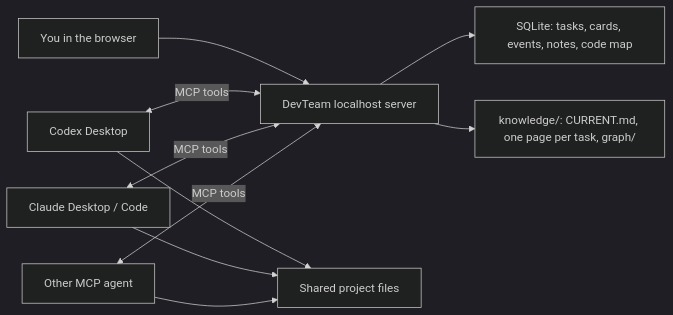
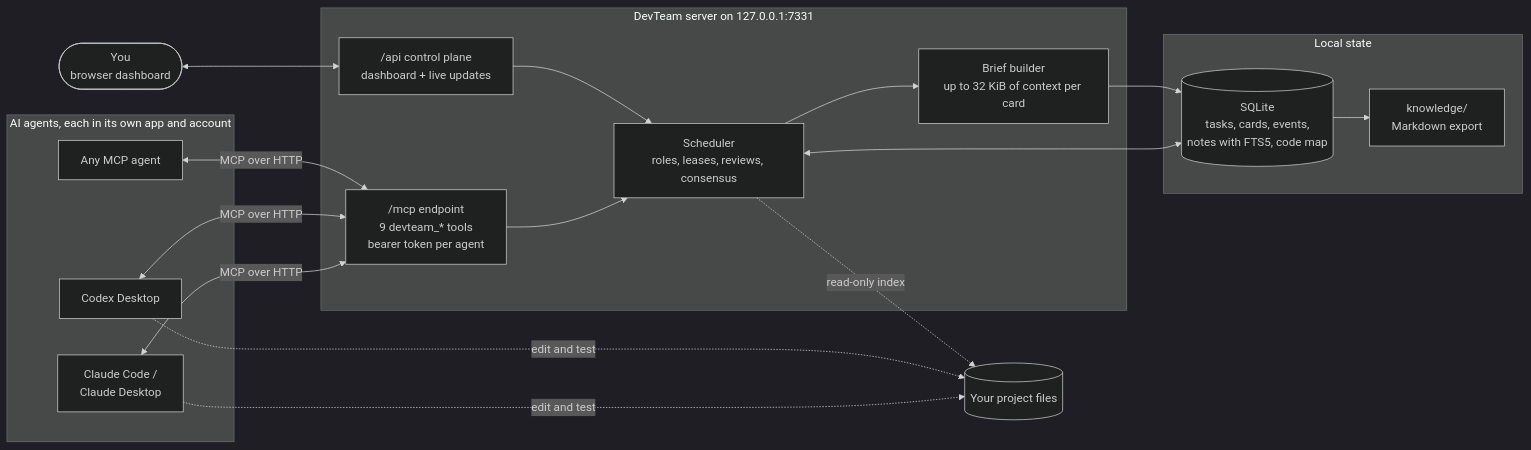
The first of 3 diagrams in README.md (ItsAloka/DevTeam), drawn with Mermaid (dark theme) before and after one commit. The commit also changed other lines of this file and 3 other files, not shown here.

First line of the commit message:
Rewrite the README for readers new to DevTeam, with screenshots and diagrams

````diff
--- a/README.md
+++ b/README.md
@@ -20,12 +82,34 @@
 ```mermaid
 flowchart LR
-    U["You in the browser"] --> D["DevTeam localhost server"]
-    C["Codex Desktop"] <-->|"MCP tools"| D
-    A["Claude Desktop / Code"] <-->|"MCP tools"| D
-    O["Other MCP agent"] <-->|"MCP tools"| D
-    D --> Q["SQLite: tasks, cards, events, notes, code map"]
-    D --> K["knowledge/: CURRENT.md, one page per task, graph/"]
-    C --> W["Shared project files"]
-    A --> W
-    O --> W
+    H(["You<br/>browser dashboard"])
+    subgraph Agents["AI agents, each in its own app and account"]
+        CL["Claude Code /<br/>Claude Desktop"]
+        CX["Codex Desktop"]
+        OT["Any MCP agent"]
+    end
+    subgraph DT["DevTeam server on 127.0.0.1:7331"]
+        MCP["/mcp endpoint<br/>9 devteam_* tools<br/>bearer token per agent"]
+        API["/api control plane<br/>dashboard + live updates"]
+        CORE["Scheduler<br/>roles, leases, reviews, consensus"]
+        BRIEF["Brief builder<br/>up to 32 KiB of context per card"]
+    end
+    subgraph Store["Local state"]
+        DB[("SQLite<br/>tasks, cards, events,<br/>notes with FTS5, code map")]
+        VAULT["knowledge/<br/>Markdown export"]
+    end
+    REPO[("Your project files")]
+
+    H <--> API
+    CL <-->|MCP over HTTP| MCP
+    CX <-->|MCP over HTTP| MCP
+    OT <-->|MCP over HTTP| MCP
+    MCP --> CORE
+    API --> CORE
+    CORE --> BRIEF
+    CORE <--> DB
+    BRIEF --> DB
+    DB --> VAULT
+    CL -. edit and test .-> REPO
+    CX -. edit and test .-> REPO
+    CORE -. read-only index .-> REPO
 ```
````
